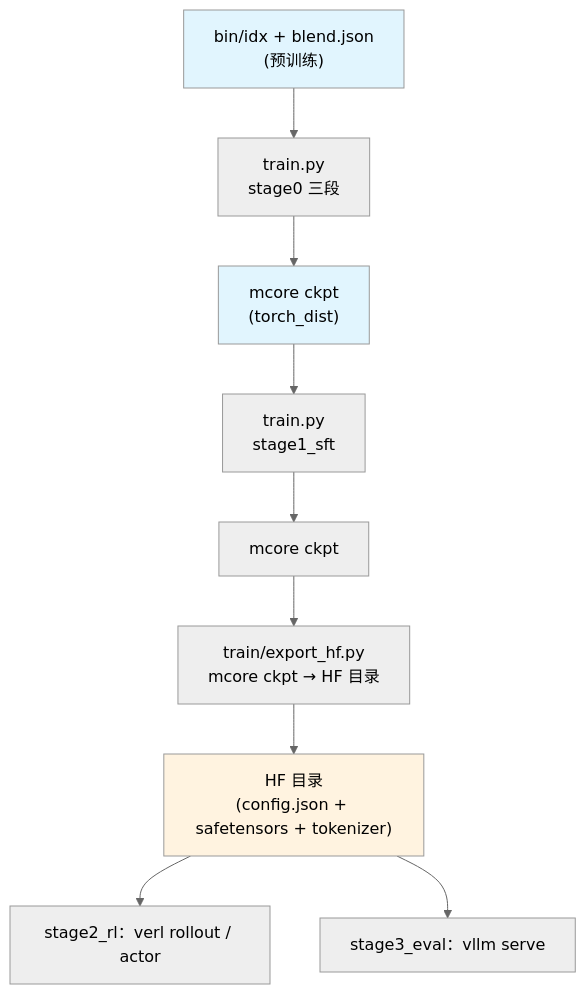
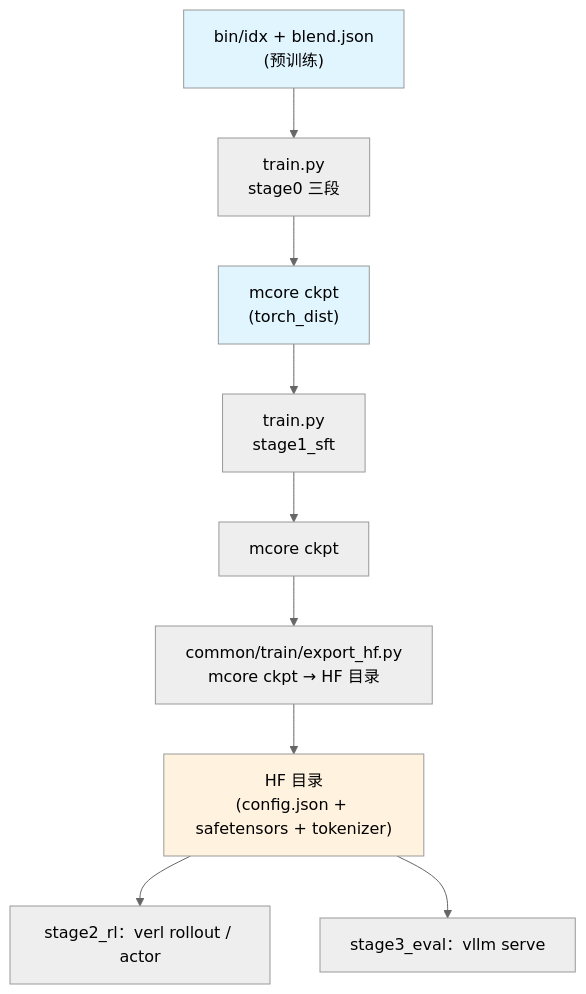
Before and after one commit to zongzhilou/shensi: the second of 2 diagrams in src/shensi/recipes/shensi/README.md, drawn with Mermaid (neutral theme). The commit also changed other lines of this file and 12 other files, not shown here.

````diff
--- a/src/shensi/recipes/shensi/README.md
+++ b/src/shensi/recipes/shensi/README.md
@@ -176,14 +165,14 @@
 ```mermaid
 flowchart TB
     data["bin/idx + blend.json<br/>(预训练)"] --> pt["train.py<br/>stage0 三段"]
     pt --> ckpt["mcore ckpt<br/>(torch_dist)"]
     ckpt --> sft["train.py<br/>stage1_sft"]
     sft --> sftckpt["mcore ckpt"]
-    sftckpt --> exp["train/export_hf.py<br/>mcore ckpt → HF 目录"]
+    sftckpt --> exp["common/train/export_hf.py<br/>mcore ckpt → HF 目录"]
     exp --> hf["HF 目录<br/>(config.json + safetensors + tokenizer)"]
     hf --> rl["stage2_rl：verl rollout / actor"]
     hf --> ev["stage3_eval：vllm serve"]
     style data fill:#e1f5fe
     style ckpt fill:#e1f5fe
     style hf fill:#fff3e0
 ```
````
